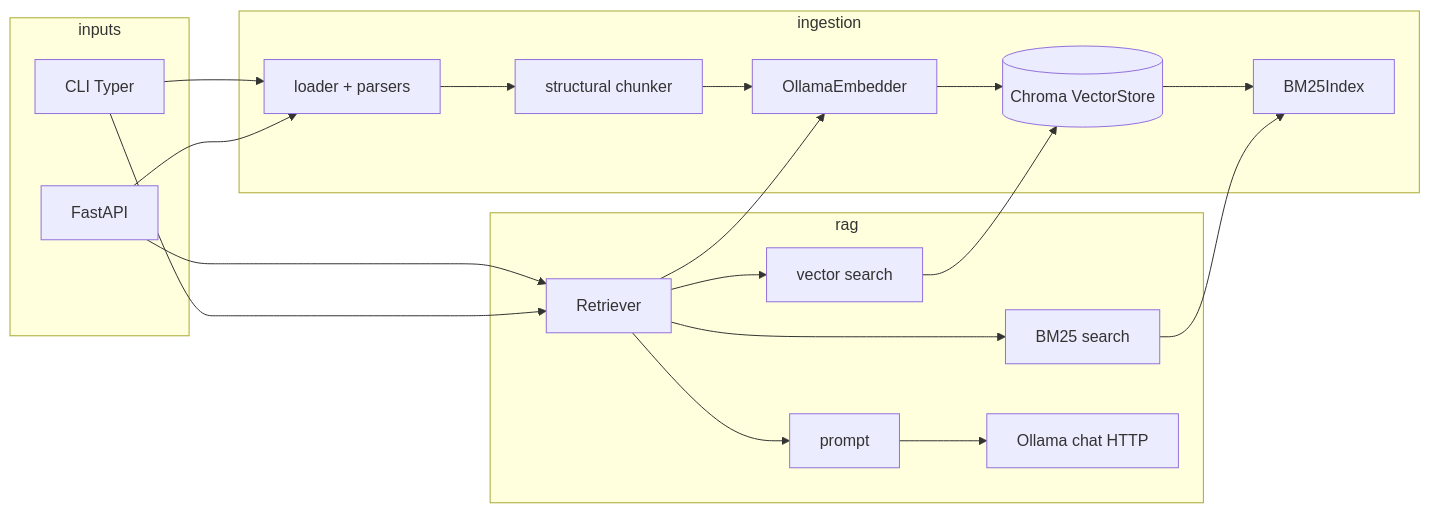
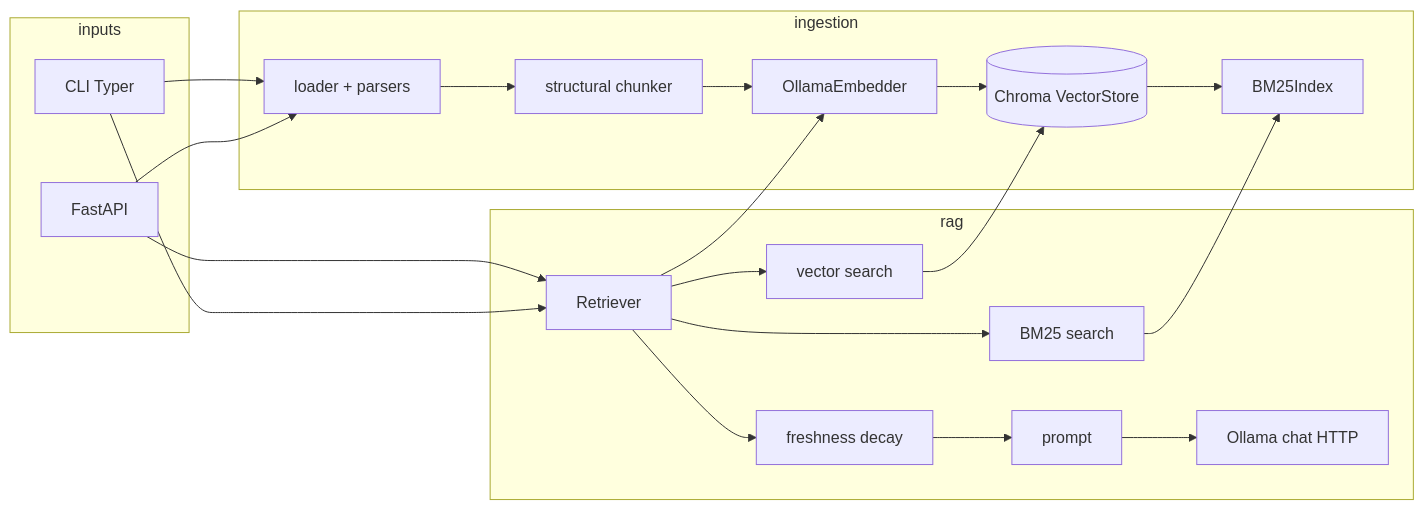
Before and after one commit to n0nuser/LocalRAG: the diagram in docs/architecture.md, drawn with Mermaid. The commit also changed other lines of this file and 11 other files, not shown here.

````diff
--- a/docs/architecture.md
+++ b/docs/architecture.md
@@ -9,33 +9,35 @@
 ```mermaid
 flowchart LR
   subgraph inputs
     CLI[CLI Typer]
     API[FastAPI]
   end
   subgraph ingestion
     L[loader + parsers]
     C[structural chunker]
     E[OllamaEmbedder]
     VS[(Chroma VectorStore)]
     B[BM25Index]
   end
   subgraph rag
     R[Retriever]
     V[vector search]
     X[BM25 search]
+    F[freshness decay]
     P[prompt]
     LLM[Ollama chat HTTP]
   end
   CLI --> L
   API --> L
   L --> C --> E --> VS
   VS --> B
   API --> R
   CLI --> R
   R --> V
   R --> X
   V --> VS
   X --> B
+  R --> F
   R --> E
-  R --> P --> LLM
+  F --> P --> LLM
 ```
````
